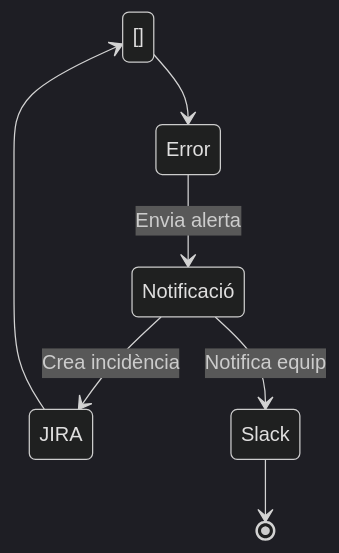
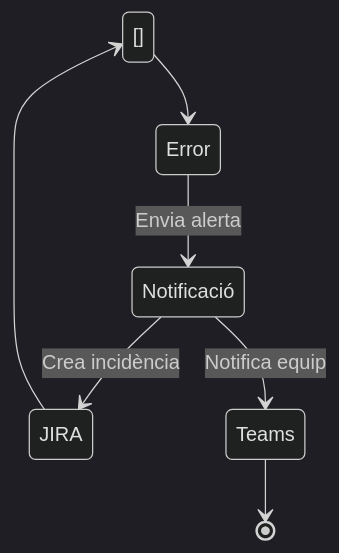
The fourth of 4 diagrams in docs/jenkins/selenium.md (juananmora/mkdocs-sample1), drawn with Mermaid (dark theme) before and after one commit. The commit also changed other lines of this file, not shown here.

````diff
--- a/docs/jenkins/selenium.md
+++ b/docs/jenkins/selenium.md
@@ -80,9 +119,9 @@
 ```mermaid
 stateDiagram-v2
 [] --> Error
 Error --> Notificació: Envia alerta
 Notificació --> JIRA: Crea incidència
-Notificació --> Slack: Notifica equip
+Notificació --> Teams: Notifica equip
 JIRA --> []
-Slack --> [*]
+Teams --> [*]
 ```
````
